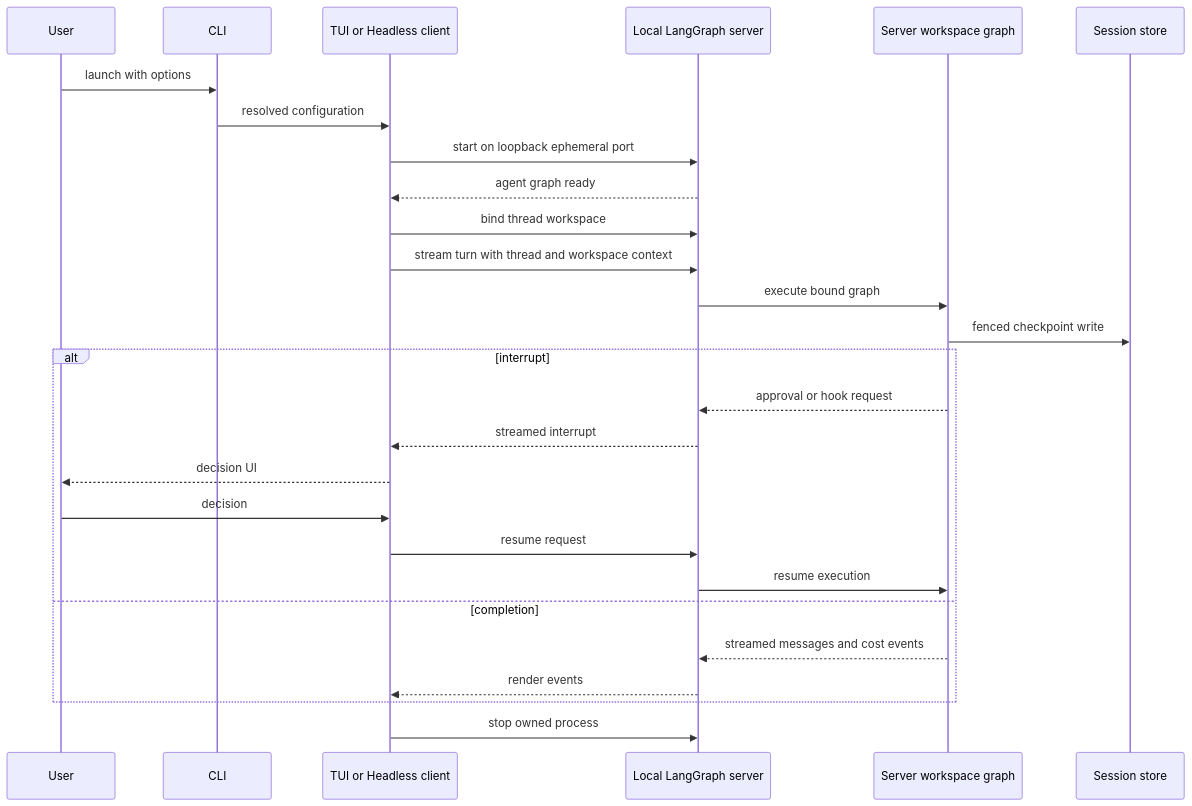
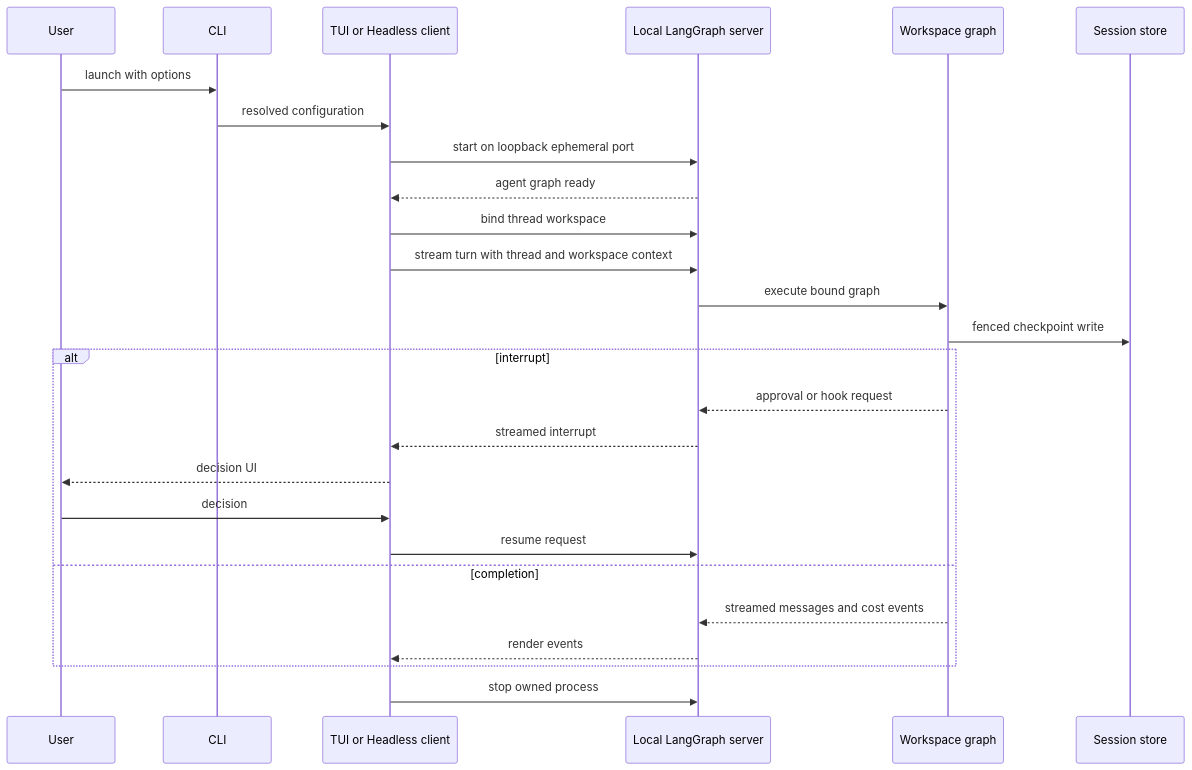
Before and after one commit to langchain-ai/deepagents: the first of 2 diagrams in openwiki/workflows/run-dcode-session.md, drawn with Mermaid. The commit also changed other lines of this file and 37 other files, not shown here.

````diff
--- a/openwiki/workflows/run-dcode-session.md
+++ b/openwiki/workflows/run-dcode-session.md
@@ -90,29 +68,28 @@
 ```mermaid
 sequenceDiagram
     participant User
     participant CLI
     participant Client as TUI or Headless client
     participant Server as Local LangGraph server
-    participant Graph as Server workspace graph
+    participant Graph as Workspace graph
     participant Store as Session store
     User->>CLI: launch with options
     CLI->>Client: resolved configuration
     Client->>Server: start on loopback ephemeral port
     Server-->>Client: agent graph ready
     Client->>Server: bind thread workspace
     Client->>Server: stream turn with thread and workspace context
     Server->>Graph: execute bound graph
     Graph->>Store: fenced checkpoint write
     alt interrupt
         Graph-->>Server: approval or hook request
         Server-->>Client: streamed interrupt
         Client-->>User: decision UI
         User->>Client: decision
         Client->>Server: resume request
-        Server->>Graph: resume execution
     else completion
         Graph-->>Server: streamed messages and cost events
         Server-->>Client: render events
     end
     Client->>Server: stop owned process
 ```
````
